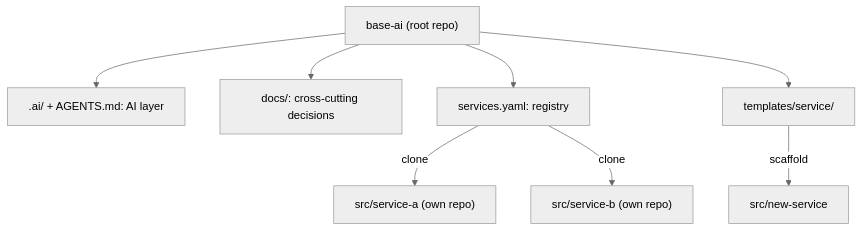
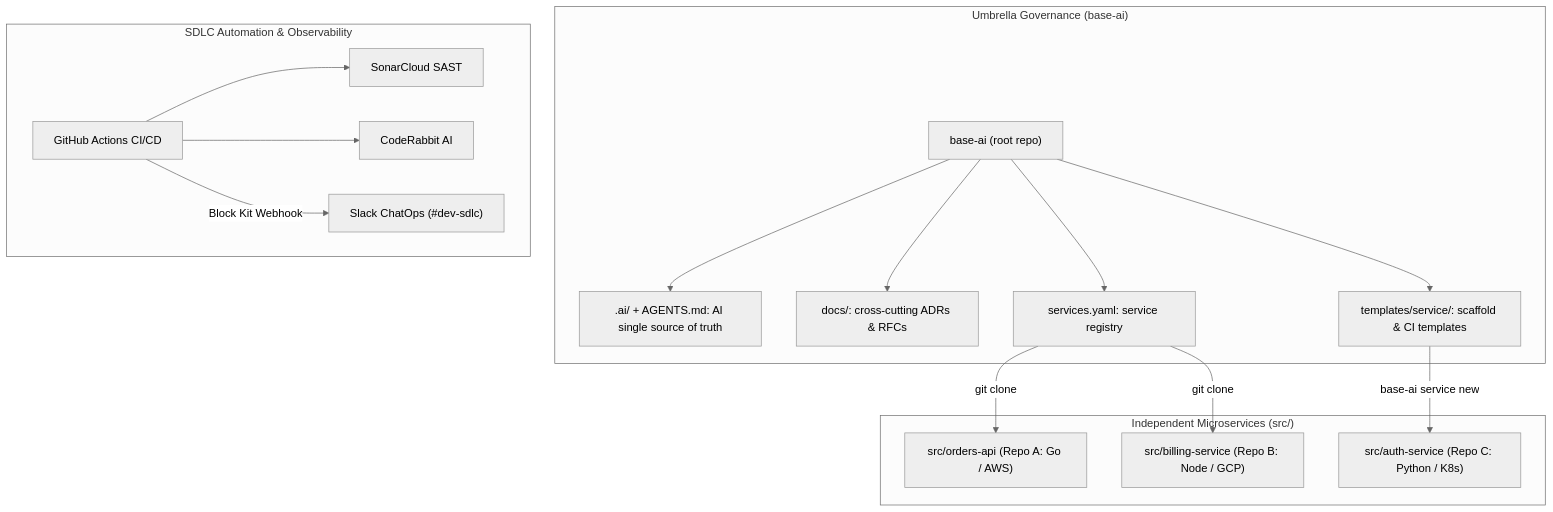
Before and after one commit to carlos17031691/base-ai: the diagram in README.md, drawn with Mermaid (neutral theme). The commit also changed other lines of this file and 22 other files, not shown here.

First line of the commit message:
Merge pull request #19 from carlos17031691/feat/BASE-008-sdlc-slack-integration

````diff
--- a/README.md
+++ b/README.md
@@ -11,10 +21,30 @@
 ```mermaid
 flowchart TD
-    root["base-ai (root repo)"] --> ai[".ai/ + AGENTS.md: AI layer"]
-    root --> docs["docs/: cross-cutting decisions"]
-    root --> manifest["services.yaml: registry"]
-    root --> tpl["templates/service/"]
-    manifest -->|clone| s1["src/service-a (own repo)"]
-    manifest -->|clone| s2["src/service-b (own repo)"]
-    tpl -->|scaffold| s3["src/new-service"]
+    subgraph Root["Umbrella Governance (base-ai)"]
+        root["base-ai (root repo)"]
+        ai[".ai/ + AGENTS.md: AI single source of truth"]
+        docs["docs/: cross-cutting ADRs & RFCs"]
+        manifest["services.yaml: service registry"]
+        tpl["templates/service/: scaffold & CI templates"]
+        root --> ai
+        root --> docs
+        root --> manifest
+        root --> tpl
+    end
+
+    subgraph Services["Independent Microservices (src/)"]
+        manifest -->|git clone| s1["src/orders-api (Repo A: Go / AWS)"]
+        manifest -->|git clone| s2["src/billing-service (Repo B: Node / GCP)"]
+        tpl -->|base-ai service new| s3["src/auth-service (Repo C: Python / K8s)"]
+    end
+
+    subgraph ChatOps["SDLC Automation & Observability"]
+        ci["GitHub Actions CI/CD"]
+        sonar["SonarCloud SAST"]
+        coderabbit["CodeRabbit AI"]
+        slack["Slack ChatOps (#dev-sdlc)"]
+        ci --> sonar
+        ci --> coderabbit
+        ci -->|Block Kit Webhook| slack
+    end
 ```
````
